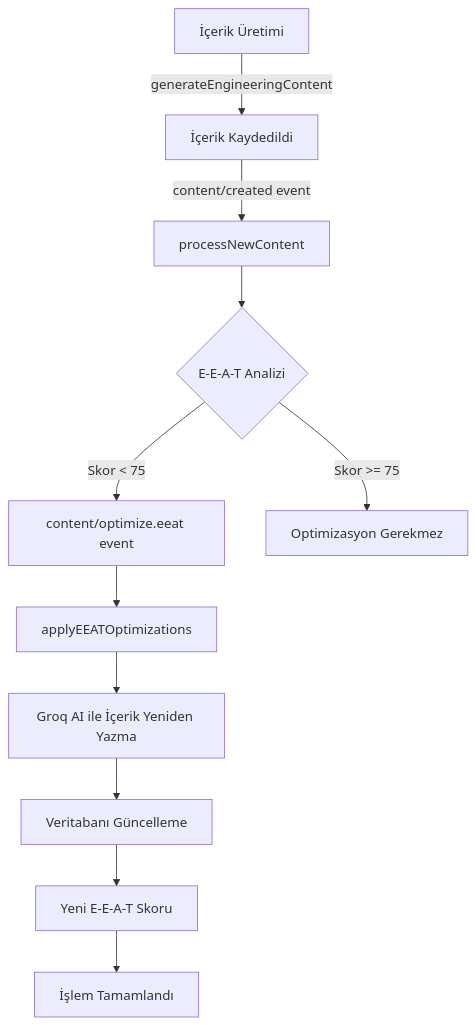
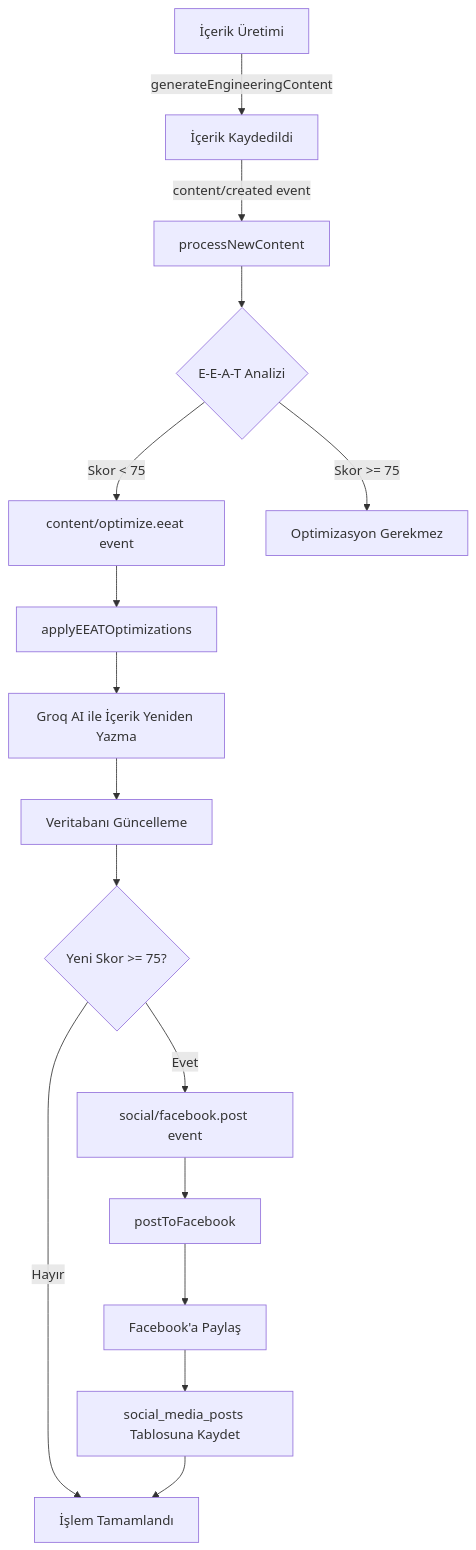
The diagram in INNGEST_PROCESSES_REPORT.md (gul-tekinmuhendislik/gul-tekin-neon-app), drawn with Mermaid before and after one commit. The commit also changed other lines of this file and 14 other files, not shown here.

First line of the commit message:
feat: Facebook Graph API v23.0 entegrasyonu ve sosyal medya otomasyonu

````diff
--- a/INNGEST_PROCESSES_REPORT.md
+++ b/INNGEST_PROCESSES_REPORT.md
@@ -172,13 +232,18 @@
 ```mermaid
 graph TD
     A[İçerik Üretimi] -->|generateEngineeringContent| B[İçerik Kaydedildi]
     B -->|content/created event| C[processNewContent]
     C --> D{E-E-A-T Analizi}
     D -->|Skor < 75| E[content/optimize.eeat event]
     D -->|Skor >= 75| F[Optimizasyon Gerekmez]
     E --> G[applyEEATOptimizations]
     G --> H[Groq AI ile İçerik Yeniden Yazma]
     H --> I[Veritabanı Güncelleme]
-    I --> J[Yeni E-E-A-T Skoru]
-    J --> K[İşlem Tamamlandı]
+    I --> J{Yeni Skor >= 75?}
+    J -->|Evet| K[social/facebook.post event]
+    J -->|Hayır| L[İşlem Tamamlandı]
+    K --> M[postToFacebook]
+    M --> N[Facebook'a Paylaş]
+    N --> O[social_media_posts Tablosuna Kaydet]
+    O --> L
 ```
````
